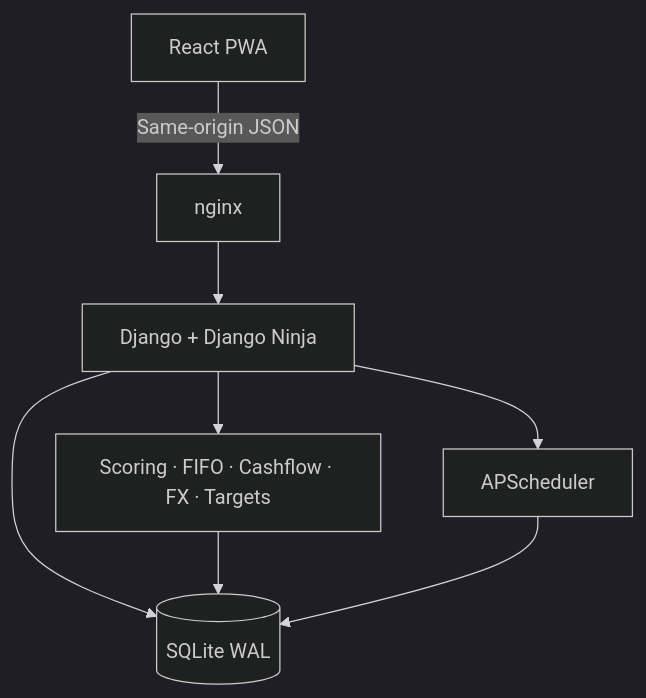
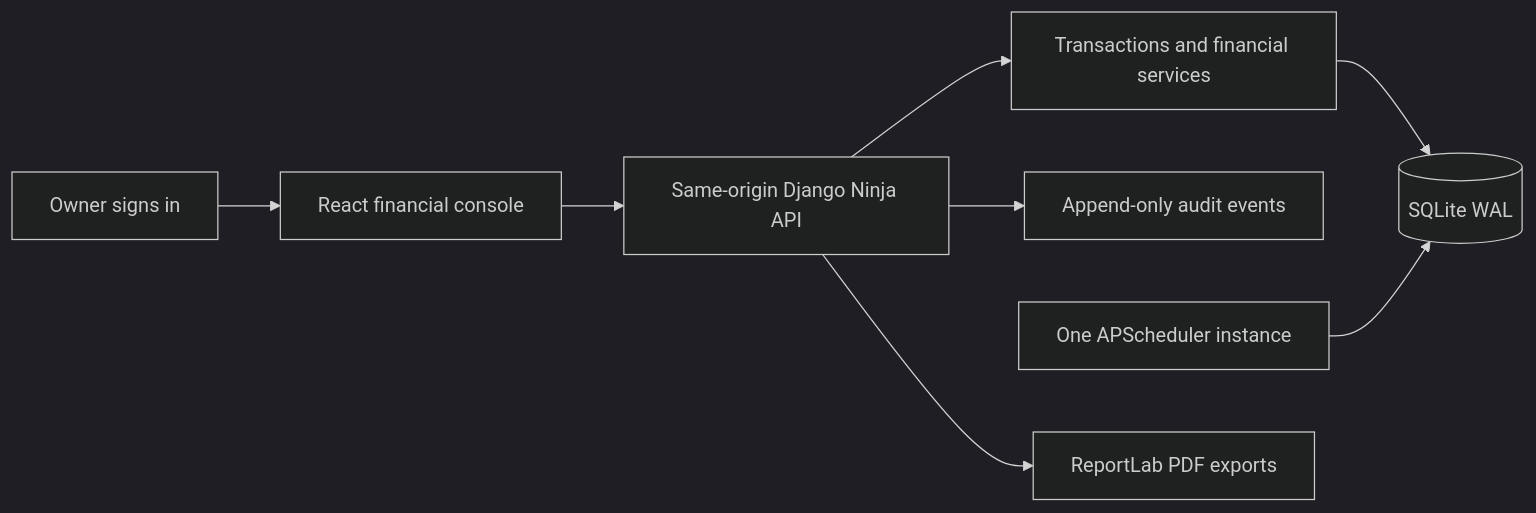
One commit to PerezChris99/kc-ledger changed the first of 2 diagrams in README.md. Above: the diagram before and after it, drawn with Mermaid (dark theme). The commit also changed other lines of this file, not shown here.

Commit message:
docs(readme): document KC light design, Windows desktop, browser runtime and verified release gates

````diff
--- a/README.md
+++ b/README.md
@@ -36,10 +23,10 @@
 ```mermaid
-flowchart TD
-  Browser[React PWA] -->|Same-origin JSON| Nginx[nginx]
-  Nginx --> Django[Django + Django Ninja]
-  Django --> Services[Scoring · FIFO · Cashflow · FX · Targets]
-  Django --> Jobs[APScheduler]
-  Django --> DB[(SQLite WAL)]
-  Services --> DB
-  Jobs --> DB
+flowchart LR
+  A[Owner signs in] --> B[React financial console]
+  B --> C[Same-origin Django Ninja API]
+  C --> D[Transactions and financial services]
+  D --> E[(SQLite WAL)]
+  C --> F[Append-only audit events]
+  G[One APScheduler instance] --> E
+  C --> H[ReportLab PDF exports]
 ```
````
